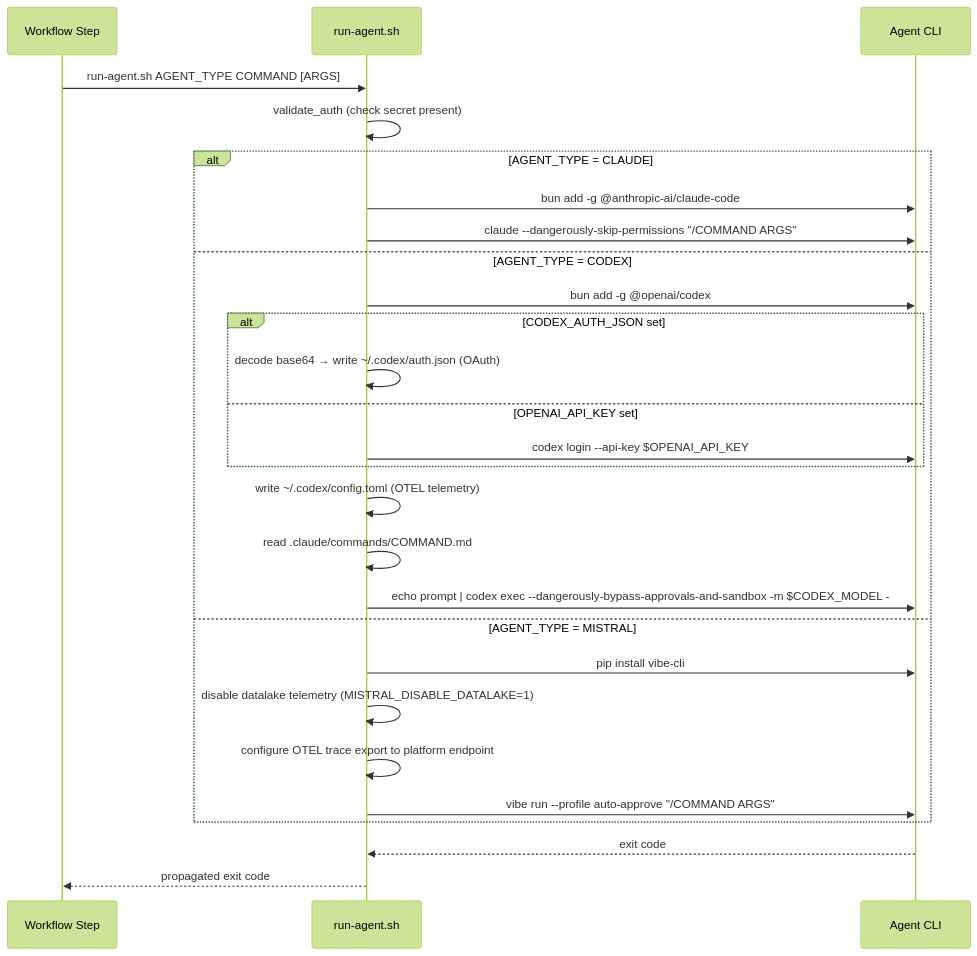
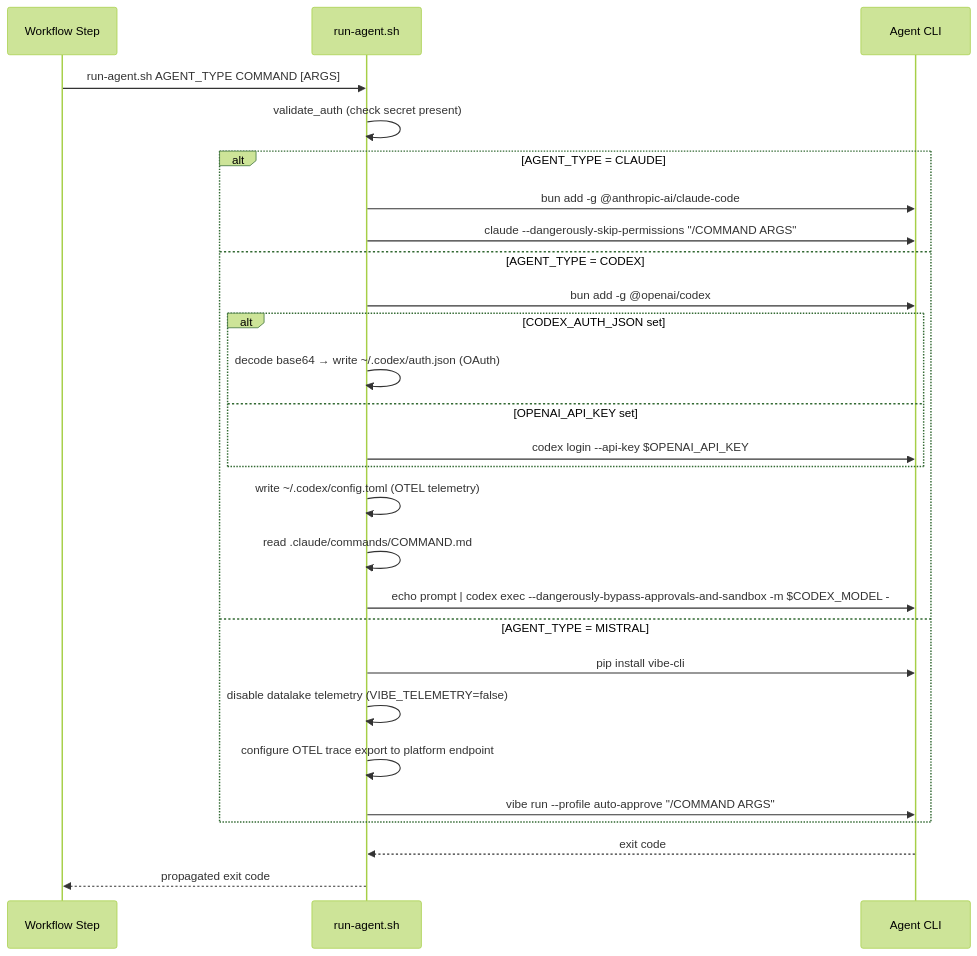
Before and after one commit to bfernandez31/ai-board: the second of 5 diagrams in specs/specifications/technical/implementation/integrations.md, drawn with Mermaid (forest theme). The commit also changed 7 other files, not shown here.

````diff
--- a/specs/specifications/technical/implementation/integrations.md
+++ b/specs/specifications/technical/implementation/integrations.md
@@ -491,30 +491,30 @@
 ```mermaid
 sequenceDiagram
     participant WF as Workflow Step
     participant RS as run-agent.sh
     participant CLI as Agent CLI
 
     WF->>RS: run-agent.sh AGENT_TYPE COMMAND [ARGS]
     RS->>RS: validate_auth (check secret present)
     alt AGENT_TYPE = CLAUDE
         RS->>CLI: bun add -g @anthropic-ai/claude-code
         RS->>CLI: claude --dangerously-skip-permissions "/COMMAND ARGS"
     else AGENT_TYPE = CODEX
         RS->>CLI: bun add -g @openai/codex
         alt CODEX_AUTH_JSON set
             RS->>RS: decode base64 → write ~/.codex/auth.json (OAuth)
         else OPENAI_API_KEY set
             RS->>CLI: codex login --api-key $OPENAI_API_KEY
         end
         RS->>RS: write ~/.codex/config.toml (OTEL telemetry)
         RS->>RS: read .claude/commands/COMMAND.md
         RS->>CLI: echo prompt | codex exec --dangerously-bypass-approvals-and-sandbox -m $CODEX_MODEL -
     else AGENT_TYPE = MISTRAL
         RS->>CLI: pip install vibe-cli
-        RS->>RS: disable datalake telemetry (MISTRAL_DISABLE_DATALAKE=1)
+        RS->>RS: disable datalake telemetry (VIBE_TELEMETRY=false)
         RS->>RS: configure OTEL trace export to platform endpoint
         RS->>CLI: vibe run --profile auto-approve "/COMMAND ARGS"
     end
     CLI-->>RS: exit code
     RS-->>WF: propagated exit code
 ```
````
